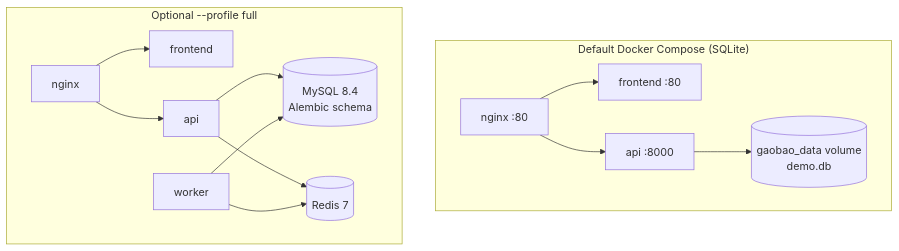
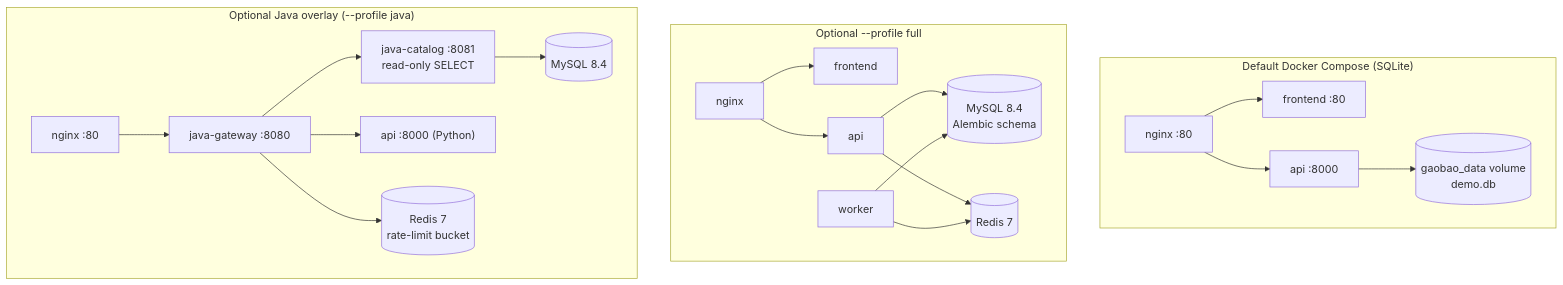
The seventh of 7 diagrams in docs/architecture/README.md (Xander-Xai/Gaobao-Advisor), drawn with Mermaid before and after one commit. The commit also changed other lines of this file and 12 other files, not shown here.

````diff
--- a/docs/architecture/README.md
+++ b/docs/architecture/README.md
@@ -262,16 +262,23 @@
 ```mermaid
 flowchart TB
     subgraph Demo["Default Docker Compose (SQLite)"]
         N["nginx :80"] --> F["frontend :80"]
         N --> A["api :8000"]
         A --> V[("gaobao_data volume<br/>demo.db")]
     end
     subgraph Full["Optional --profile full"]
         N2["nginx"] --> F2["frontend"]
         N2 --> A2["api"]
         A2 --> M[("MySQL 8.4<br/>Alembic schema")]
         A2 --> R[("Redis 7")]
         W["worker"] --> M
         W --> R
     end
+    subgraph Java["Optional Java overlay (--profile java)"]
+        N3["nginx :80"] --> GW["java-gateway :8080"]
+        GW --> CAT["java-catalog :8081<br/>read-only SELECT"]
+        GW --> A3["api :8000 (Python)"]
+        CAT --> M3[("MySQL 8.4")]
+        GW --> R3[("Redis 7<br/>rate-limit bucket")]
+    end
 ```
````
